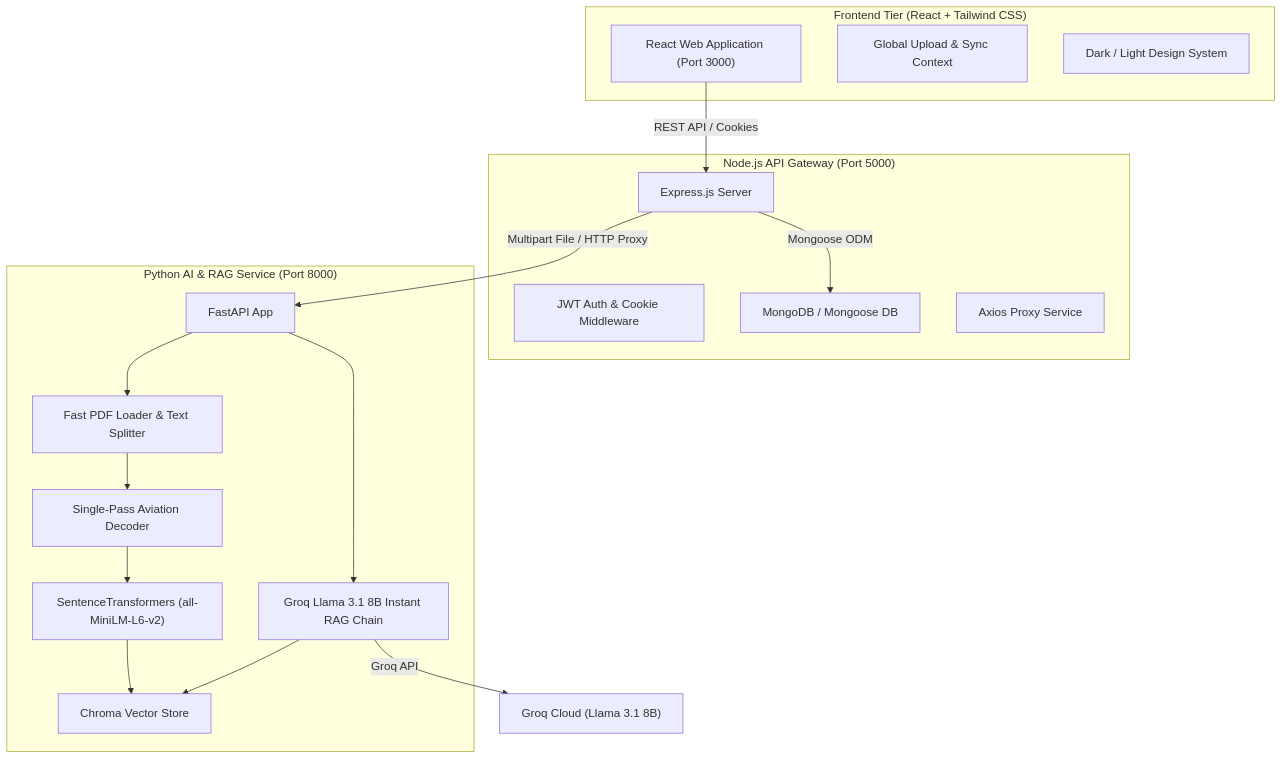
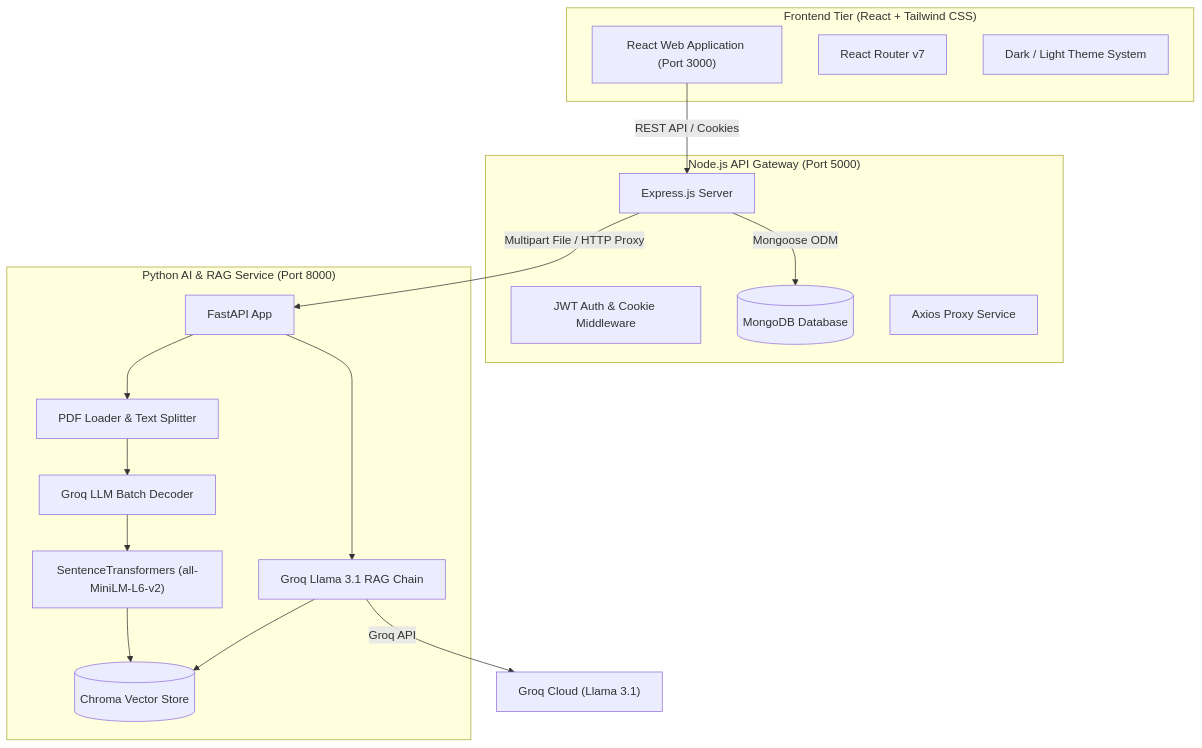
Before and after one commit to Dhruvhash/NOTAM-AAI-RAG-Assistant: the diagram in README.md, drawn with Mermaid. The commit also changed other lines of this file and 4 other files, not shown here.

````diff
--- a/README.md
+++ b/README.md
@@ -54,35 +100,35 @@
 ```mermaid
 graph TD
-    subgraph Frontend Tier ["Frontend Tier (React + Tailwind CSS)"]
+    subgraph Frontend ["Frontend Tier (React + Tailwind CSS)"]
         UI["React Web Application (Port 3000)"]
-        UploadWidget["Global Upload & Sync Context"]
-        Theme["Dark / Light Design System"]
+        Router["React Router v7"]
+        Theme["Dark / Light Theme System"]
     end
 
     subgraph NodeBackend ["Node.js API Gateway (Port 5000)"]
         Server["Express.js Server"]
         Auth["JWT Auth & Cookie Middleware"]
-        Mongo["MongoDB / Mongoose DB"]
+        Mongo[("MongoDB Database")]
         Proxy["Axios Proxy Service"]
     end
 
     subgraph PythonAI ["Python AI & RAG Service (Port 8000)"]
         FastAPI["FastAPI App"]
-        IngestEngine["Fast PDF Loader & Text Splitter"]
-        SinglePassDecoder["Single-Pass Aviation Decoder"]
+        IngestEngine["PDF Loader & Text Splitter"]
+        BatchDecoder["Groq LLM Batch Decoder"]
         Embedder["SentenceTransformers (all-MiniLM-L6-v2)"]
-        VectorDB["Chroma Vector Store"]
-        RAGChain["Groq Llama 3.1 8B Instant RAG Chain"]
+        VectorDB[("Chroma Vector Store")]
+        RAGChain["Groq Llama 3.1 RAG Chain"]
     end
 
     UI -->|REST API / Cookies| Server
     Server -->|Mongoose ODM| Mongo
     Server -->|Multipart File / HTTP Proxy| FastAPI
     FastAPI --> IngestEngine
-    IngestEngine --> SinglePassDecoder
-    SinglePassDecoder --> Embedder
+    IngestEngine --> BatchDecoder
+    BatchDecoder --> Embedder
     Embedder --> VectorDB
     FastAPI --> RAGChain
     RAGChain --> VectorDB
-    RAGChain -->|Groq API| ExternalLLM["Groq Cloud (Llama 3.1 8B)"]
+    RAGChain -->|Groq API| ExternalLLM["Groq Cloud (Llama 3.1)"]
 ```
````
